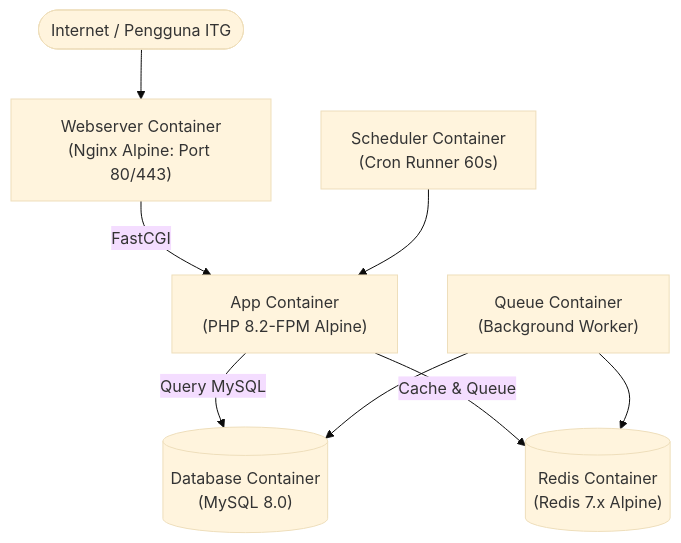
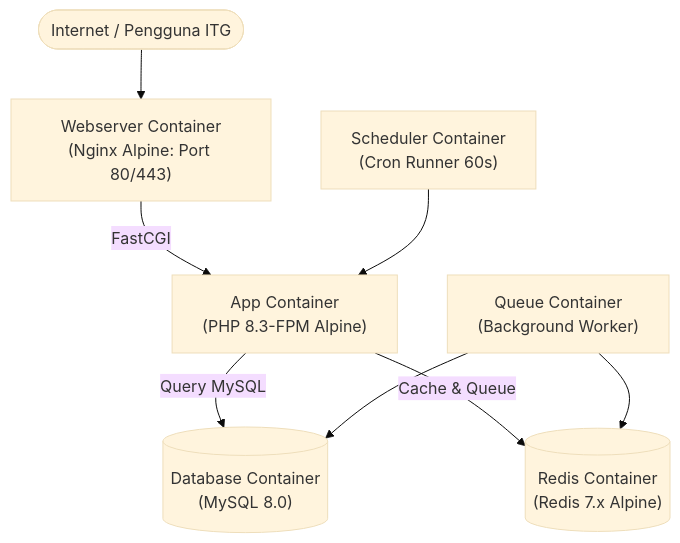
One commit to rhizu05/SISTEM-ORMAWA-BARU-ITG changed the diagram in PRODUCTION_DEPLOYMENT_GUIDE.md. Above: the diagram before and after it, drawn with Mermaid (base theme). The commit also changed other lines of this file and 4 other files, not shown here.

````diff
--- a/PRODUCTION_DEPLOYMENT_GUIDE.md
+++ b/PRODUCTION_DEPLOYMENT_GUIDE.md
@@ -21,10 +21,10 @@
 ```mermaid
 flowchart TD
     Client(["Internet / Pengguna ITG"]) --> Nginx["Webserver Container<br/>(Nginx Alpine: Port 80/443)"]
-    Nginx -->|FastCGI| App["App Container<br/>(PHP 8.2-FPM Alpine)"]
+    Nginx -->|FastCGI| App["App Container<br/>(PHP 8.3-FPM Alpine)"]
     App -->|Query MySQL| DB[("Database Container<br/>(MySQL 8.0)")]
     App -->|Cache & Queue| Redis[("Redis Container<br/>(Redis 7.x Alpine)")]
     Queue["Queue Container<br/>(Background Worker)"] --> Redis
     Queue --> DB
     Scheduler["Scheduler Container<br/>(Cron Runner 60s)"] --> App
 ```
````
